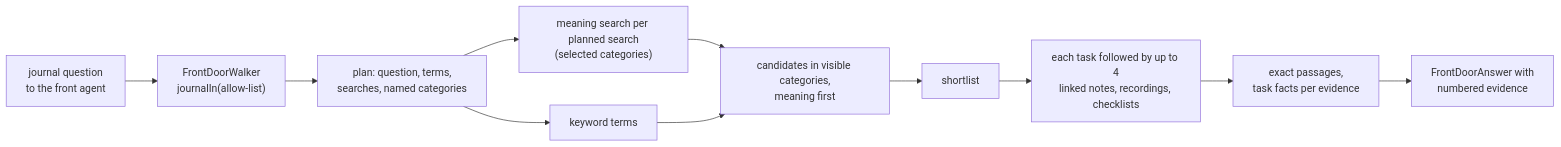
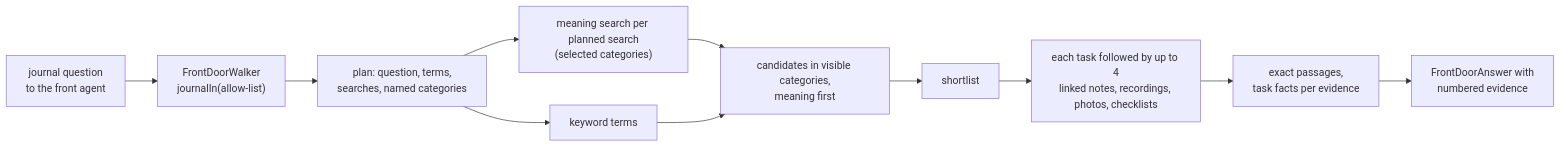
One commit to matthiasn/lotti changed the second of 7 diagrams in knowledge/features/agents/query-chat.md. Above: the diagram before and after it, drawn with Mermaid. The commit also changed other lines of this file and 12 other files, not shown here.

````diff
--- a/knowledge/features/agents/query-chat.md
+++ b/knowledge/features/agents/query-chat.md
@@ -275,13 +282,13 @@
 ```mermaid
 flowchart LR
   Q["journal question<br/>to the front agent"] --> W["FrontDoorWalker<br/>journalIn(allow-list)"]
   W --> Plan["plan: question, terms,<br/>searches, named categories"]
   Plan --> M["meaning search per planned search<br/>(selected categories)"]
   Plan --> K["keyword terms"]
   M --> C["candidates in visible categories,<br/>meaning first"]
   K --> C
   C --> S["shortlist"]
-  S --> D["each task followed by up to 4<br/>linked notes, recordings, checklists"]
+  S --> D["each task followed by up to 4<br/>linked notes, recordings, photos, checklists"]
   D --> E["exact passages,<br/>task facts per evidence"]
   E --> A["FrontDoorAnswer with<br/>numbered evidence"]
 ```
````
